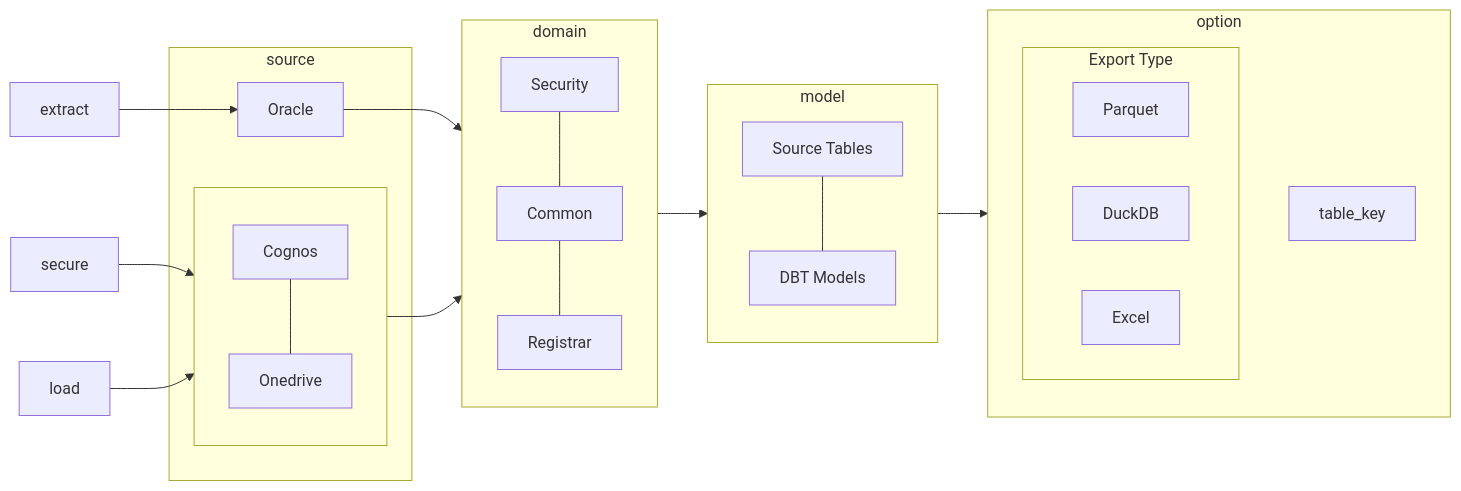
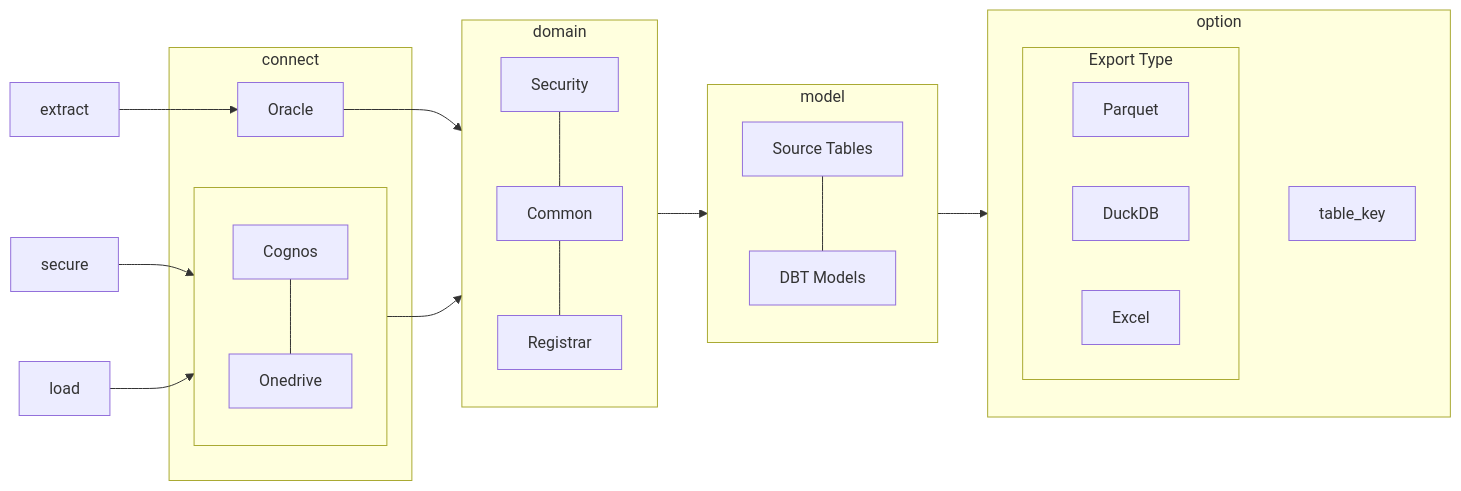
Before and after one commit to UO-IS-DDS/ods_docs: the first of 2 diagrams in docs/mds/overview/_overview.md, drawn with Mermaid. The commit also changed other lines of this file, not shown here.

````diff
--- a/docs/mds/overview/_overview.md
+++ b/docs/mds/overview/_overview.md
@@ -5,35 +5,35 @@
 ``` mermaid
 graph LR
 
   extract --> Oracle
   subgraph targets [ ]
     Cognos --- Onedrive
   end
   secure --> targets
   load --> targets
-  subgraph source
+  subgraph connect
     Oracle
     targets
   end
   subgraph domain
     Security --- Common
     Common --- Registrar
   end 
   Oracle --> domain
   targets --> domain
   subgraph model
     source_tables[Source Tables] --- DBT[DBT Models]
   end
   domain --> model
   subgraph export_type[Export Type]
     Parquet 
     DuckDB
     Excel
   end
   subgraph option
     export_type
     table_key
   end
   model --> option
 
-```
+```  
````
